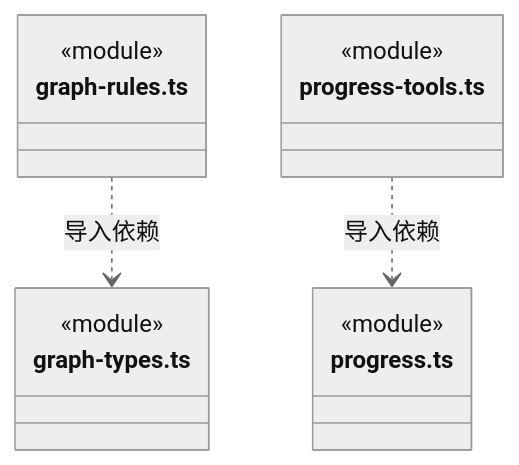
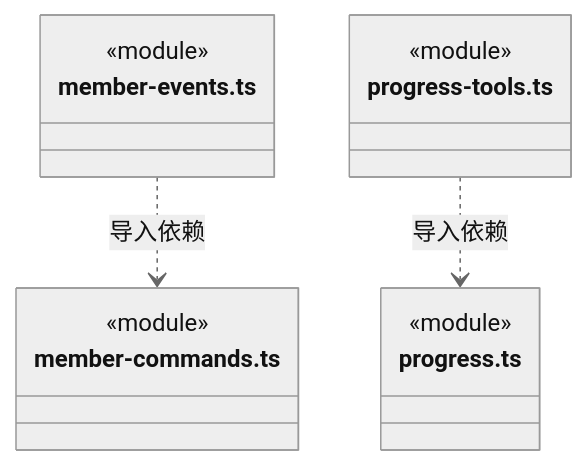
Diagram 32 of 34 in src/backend/core/tasks/ARCHITECTURE.md (nan023062/cbim), drawn with Mermaid (neutral theme) before and after one commit. The commit also changed other lines of this file and 240 other files, not shown here.

````diff
--- a/src/backend/core/tasks/ARCHITECTURE.md
+++ b/src/backend/core/tasks/ARCHITECTURE.md
@@ -427,17 +839,17 @@
 ```mermaid
 classDiagram
-class N_src_backend_core_tasks_graph_rules_ts["graph-rules.ts"] {
+class N_src_backend_core_tasks_member_events_ts["member-events.ts"] {
   <<module>>
 }
-class N_src_backend_core_tasks_graph_types_ts["graph-types.ts"] {
+class N_src_backend_core_tasks_member_commands_ts["member-commands.ts"] {
   <<module>>
 }
 class N_src_backend_core_tasks_progress_tools_ts["progress-tools.ts"] {
   <<module>>
 }
 class N_src_backend_core_tasks_progress_ts["progress.ts"] {
   <<module>>
 }
-N_src_backend_core_tasks_graph_rules_ts ..> N_src_backend_core_tasks_graph_types_ts : 导入依赖
+N_src_backend_core_tasks_member_events_ts ..> N_src_backend_core_tasks_member_commands_ts : 导入依赖
 N_src_backend_core_tasks_progress_tools_ts ..> N_src_backend_core_tasks_progress_ts : 导入依赖
 ```
````
